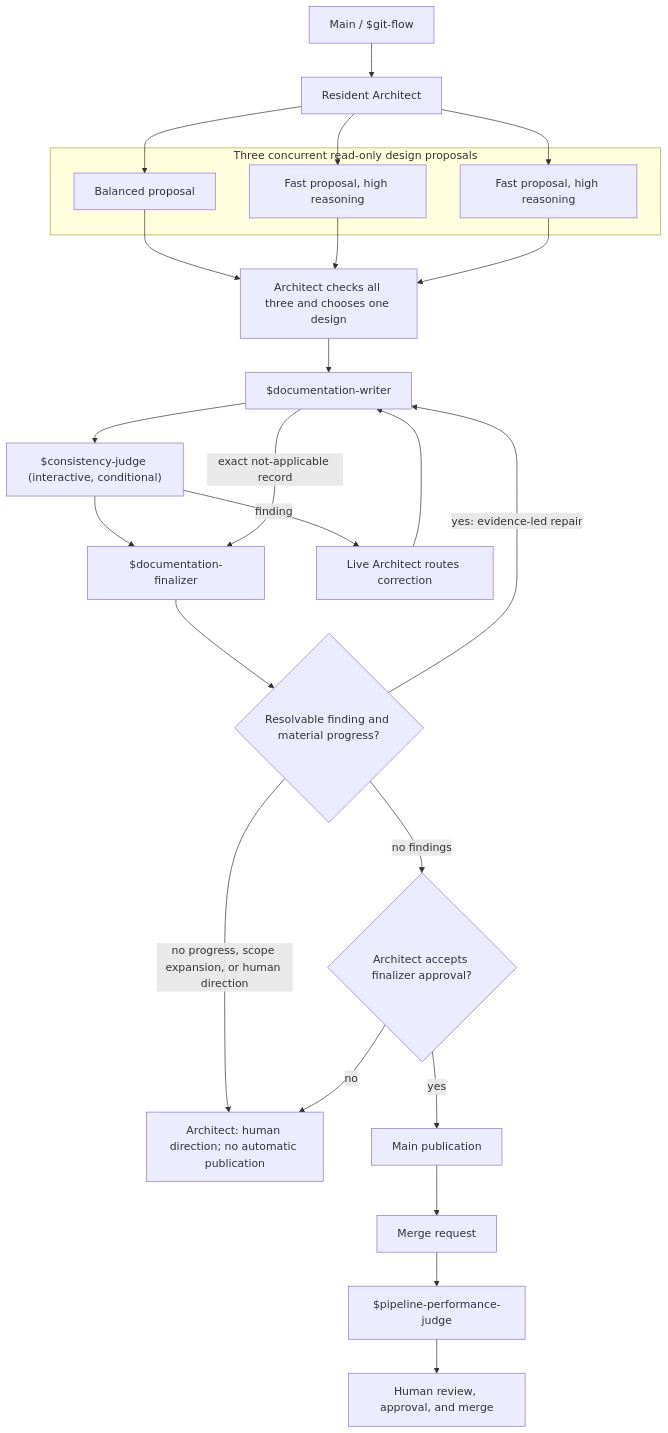
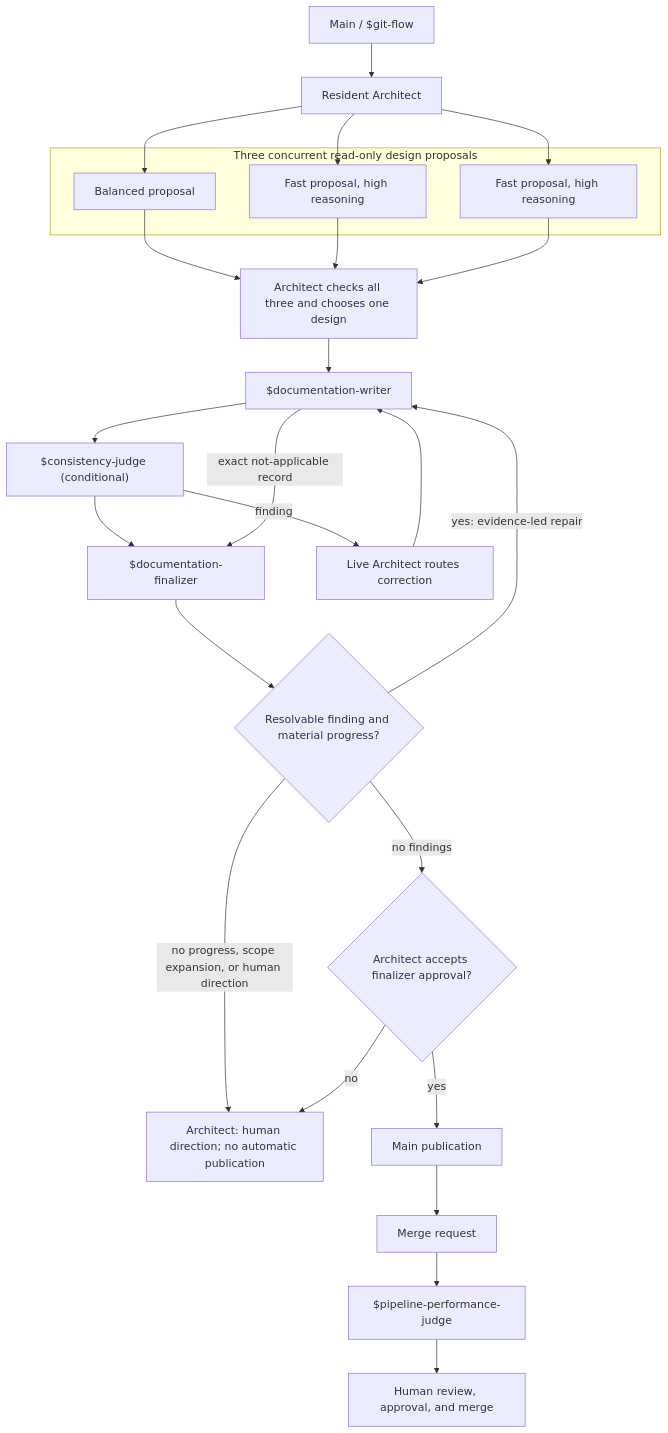
The second of 5 diagrams in docs/explanation/agentic-workflow.md (dfwguy/nvis-ova-agentic-copier), drawn with Mermaid before and after one commit. The commit also changed other lines of this file and 34 other files, not shown here.

````diff
--- a/docs/explanation/agentic-workflow.md
+++ b/docs/explanation/agentic-workflow.md
@@ -319,30 +336,30 @@
 ```mermaid
 flowchart TD
     docmain["Main / $git-flow"] --> docarchitect["Resident Architect"]
     subgraph docproposals["Three concurrent read-only design proposals"]
         docbalanced["Balanced proposal"]
         docfastone["Fast proposal, high reasoning"]
         docfasttwo["Fast proposal, high reasoning"]
     end
     docarchitect --> docbalanced
     docarchitect --> docfastone
     docarchitect --> docfasttwo
     docbalanced --> docsynthesis["Architect checks all three and chooses one design"]
     docfastone --> docsynthesis
     docfasttwo --> docsynthesis
     docsynthesis --> docwriter["$documentation-writer"]
-    docwriter --> docconsistency["$consistency-judge (interactive, conditional)"]
+    docwriter --> docconsistency["$consistency-judge (conditional)"]
     docconsistency --> docfinalizer["$documentation-finalizer"]
     docwriter -- "exact not-applicable record" --> docfinalizer
     docconsistency -- "finding" --> doccorrection["Live Architect routes correction"]
     doccorrection --> docwriter
     docfinalizer --> docprogress{"Resolvable finding and material progress?"}
     docprogress -- "yes: evidence-led repair" --> docwriter
     docprogress -- "no findings" --> docdecision{"Architect accepts finalizer approval?"}
     docprogress -- "no progress, scope expansion, or human direction" --> dochuman["Architect: human direction; no automatic publication"]
     docdecision -- "yes" --> docpublish["Main publication"]
     docdecision -- "no" --> dochuman
     docpublish --> docmr["Merge request"]
     docmr --> docpipeline["$pipeline-performance-judge"]
     docpipeline --> dochumanreview["Human review, approval, and merge"]
 ```
````
